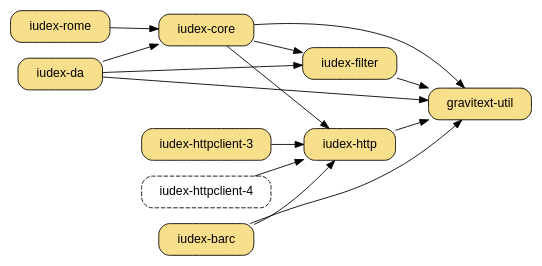
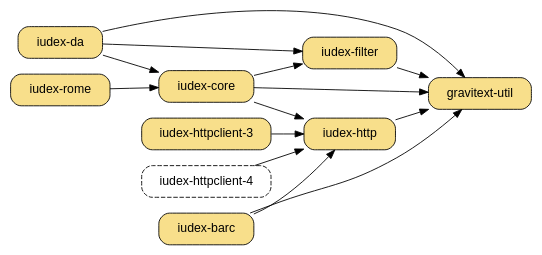
One commit to dekellum/iudex changed the diagram in www/_dot/iudex.dot. Above: the diagram before and after it, drawn with Graphviz.

Commit message:
tweak iudex dep graph.

```diff
--- a/www/_dot/iudex.dot
+++ b/www/_dot/iudex.dot
@@ -1,49 +1,47 @@
 digraph "iudex-gems" {
   rankdir=LR
   size="5.5,5";
   bgcolor="transparent";
   node [ shape=box, style="filled,rounded", fillcolor="#f8df8b",
          fontname="Arial",  margin="0.30,0.1" ];
 
   "iudex-filter" -> "gravitext-util"
+  "iudex-da"     -> "gravitext-util"
+  "iudex-da"     [ target=_parent, URL="../iudex-da.html" ];
+  "iudex-da"     -> "iudex-filter"
+  "iudex-da"     -> "iudex-core"
+
   "iudex-core"   -> "gravitext-util"
-  "iudex-da"     -> "gravitext-util"
+  "iudex-core"   -> "iudex-filter"
+  "iudex-core"   -> "iudex-http"
 
-  "iudex-da" [ target=_parent, URL="../iudex-da.html" ];
+  "iudex-rome"   -> "iudex-core"
 
-  "iudex-rome" -> "iudex-core"
+  "iudex-barc"   -> "gravitext-util"
+  "iudex-barc"   -> "iudex-http"
 
   "iudex-http"   -> "gravitext-util"
-
-  "iudex-barc"   -> "gravitext-util"
-  "iudex-barc" -> "iudex-http"
 
   "iudex-httpclient-3" -> "iudex-http"
 
   "iudex-httpclient-4" [ style="rounded,dashed" ]
   "iudex-httpclient-4" -> "iudex-http"
-
-  "iudex-core" -> "iudex-filter"
-  "iudex-core" -> "iudex-http"
-
-  "iudex-da" -> "iudex-filter"
-  "iudex-da" -> "iudex-core"
 
 #  "iudex-filter" -> "rjack-slf4j"
 #  "iudex-filter" -> "rjack-logback"
 #  "iudex-http" -> "rjack-slf4j"
 #  "iudex-barc" -> "rjack-slf4j"
 #  "iudex-core" -> "rjack-slf4j"
 #  "iudex-core" -> "rjack-logback"
 #  "iudex-da" -> "rjack-slf4j"
 
 #  "rjack-httpclient" -> "rjack-commons-codec";
 #  "rjack-httpclient" -> "rjack-logback" [ style=dashed, label="dev" ];
 #  "rjack-httpclient" -> "rjack-slf4j";
 
 #  "rjack-slf4j"   [ group=log ];
 #  "rjack-logback" [ group=log ];
 #  "rjack-logback" -> "rjack-slf4j";
 #  "rjack-commons-codec"   [ group=commons ];
 
 }
```
